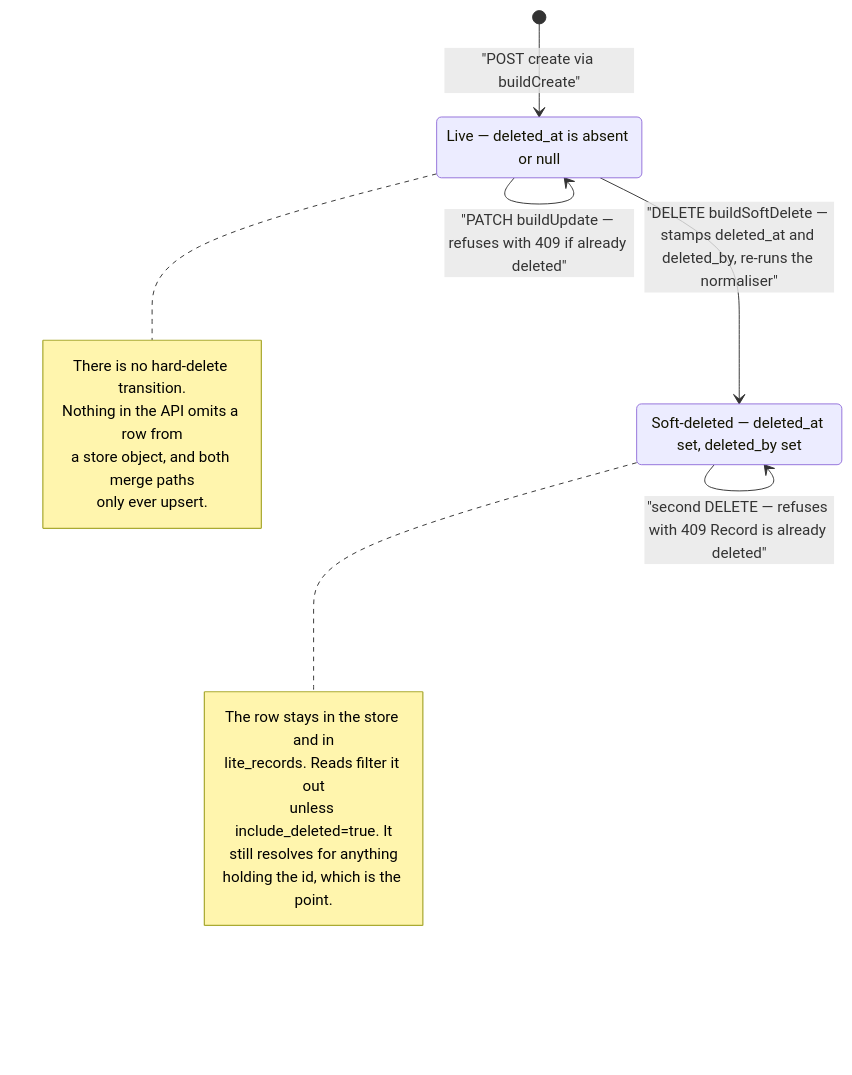
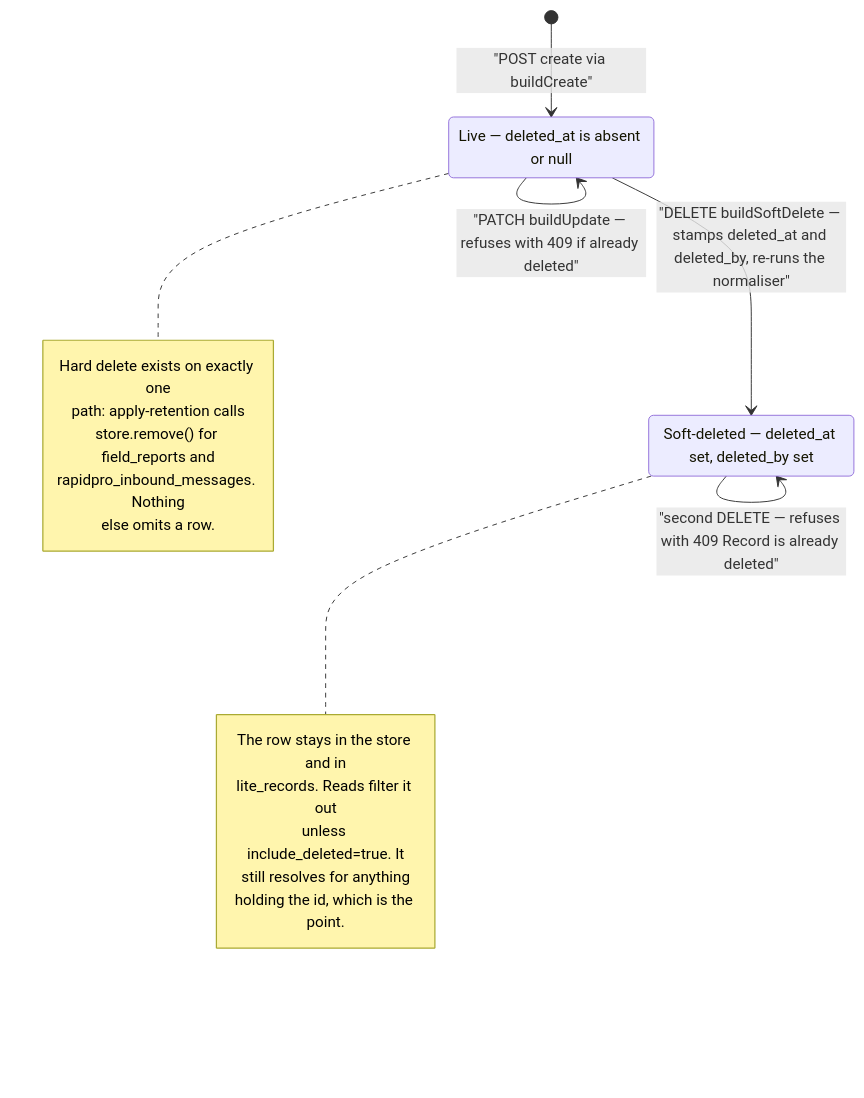
The third of 3 diagrams in docs/architecture/data-model.md (nyimbi/lindela-lite), drawn with Mermaid before and after one commit. The commit also changed other lines of this file and 4 other files, not shown here.

````diff
--- a/docs/architecture/data-model.md
+++ b/docs/architecture/data-model.md
@@ -457,25 +457,26 @@
 ```mermaid
 stateDiagram-v2
   state "Live — deleted_at is absent or null" as Live
   state "Soft-deleted — deleted_at set, deleted_by set" as Deleted
 
   [*] --> Live : "POST create via buildCreate"
   Live --> Live : "PATCH buildUpdate — refuses with 409 if already deleted"
   Live --> Deleted : "DELETE buildSoftDelete — stamps deleted_at and deleted_by, re-runs the normaliser"
   Deleted --> Deleted : "second DELETE — refuses with 409 Record is already deleted"
 
   note right of Deleted
     The row stays in the store and in
     lite_records. Reads filter it out
     unless include_deleted=true. It
     still resolves for anything
     holding the id, which is the point.
   end note
 
   note right of Live
-    There is no hard-delete transition.
-    Nothing in the API omits a row from
-    a store object, and both merge paths
-    only ever upsert.
+    Hard delete exists on exactly one
+    path: apply-retention calls
+    store.remove() for field_reports and
+    rapidpro_inbound_messages. Nothing
+    else omits a row.
   end note
 ```
````
